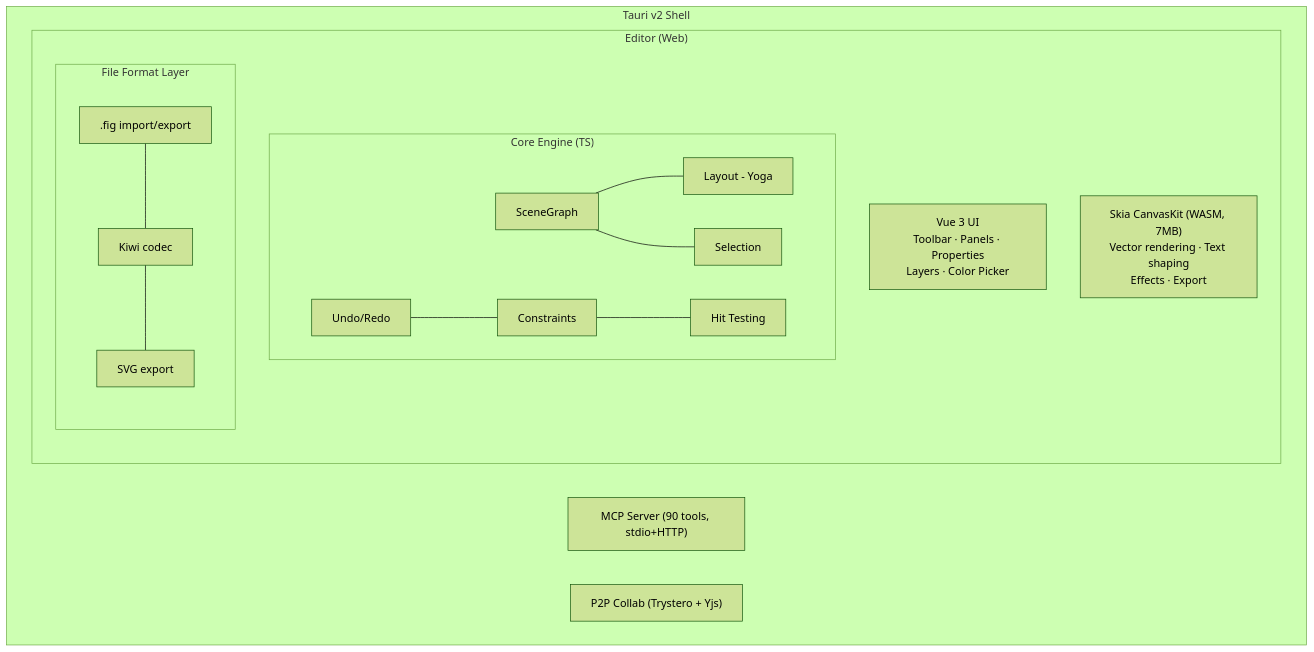
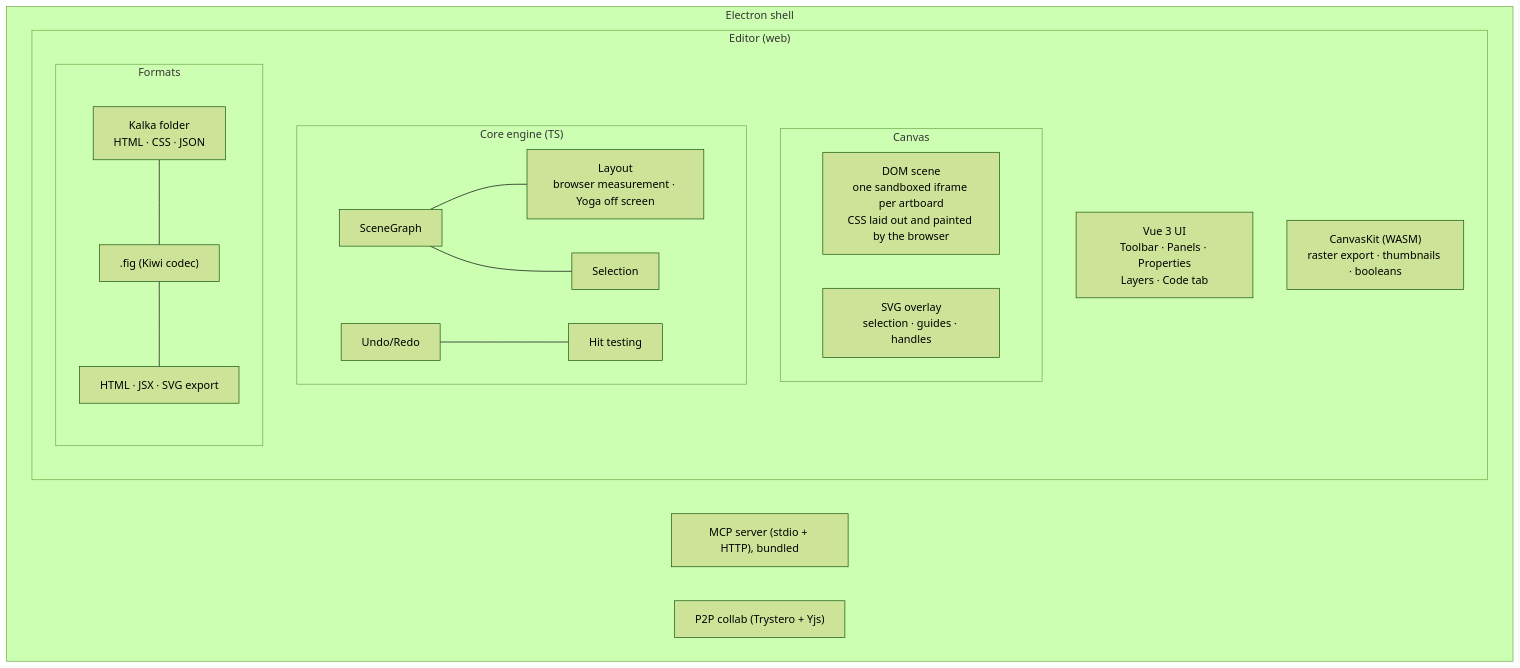
One commit to leyscore/kalka changed the diagram in packages/docs/development/architecture.md. Above: the diagram before and after it, drawn with Mermaid (forest theme). The commit also changed other lines of this file and 1393 other files, not shown here.

````diff
--- a/packages/docs/development/architecture.md
+++ b/packages/docs/development/architecture.md
@@ -8,21 +8,24 @@
 ```mermaid
 graph TB
-    subgraph Tauri["Tauri v2 Shell"]
-        subgraph Editor["Editor (Web)"]
-            UI["Vue 3 UI<br/>Toolbar · Panels · Properties<br/>Layers · Color Picker"]
-            Skia["Skia CanvasKit (WASM, 7MB)<br/>Vector rendering · Text shaping<br/>Effects · Export"]
-            subgraph Core["Core Engine (TS)"]
-                SG[SceneGraph] --- Layout[Layout - Yoga]
+    subgraph Desktop["Electron shell"]
+        subgraph Editor["Editor (web)"]
+            UI["Vue 3 UI<br/>Toolbar · Panels · Properties<br/>Layers · Code tab"]
+            subgraph Canvas["Canvas"]
+                DOM["DOM scene<br/>one sandboxed iframe per artboard<br/>CSS laid out and painted by the browser"]
+                Overlay["SVG overlay<br/>selection · guides · handles"]
+            end
+            subgraph Core["Core engine (TS)"]
+                SG[SceneGraph] --- Layout["Layout<br/>browser measurement · Yoga off screen"]
                 SG --- Selection
-                Undo[Undo/Redo] --- Constraints
-                Constraints --- HitTest[Hit Testing]
+                Undo[Undo/Redo] --- HitTest[Hit testing]
             end
-            subgraph FileFormat["File Format Layer"]
-                FigIO[".fig import/export"] --- Kiwi[Kiwi codec]
-                Kiwi --- SVG[SVG export]
+            subgraph Formats["Formats"]
+                Folder["Kalka folder<br/>HTML · CSS · JSON"] --- Fig[".fig (Kiwi codec)"]
+                Fig --- Export["HTML · JSX · SVG export"]
             end
+            Skia["CanvasKit (WASM)<br/>raster export · thumbnails · booleans"]
         end
-        MCP["MCP Server (90 tools, stdio+HTTP)"]
-        Collab["P2P Collab (Trystero + Yjs)"]
+        MCP["MCP server (stdio + HTTP), bundled"]
+        Collab["P2P collab (Trystero + Yjs)"]
     end
 ```
````
